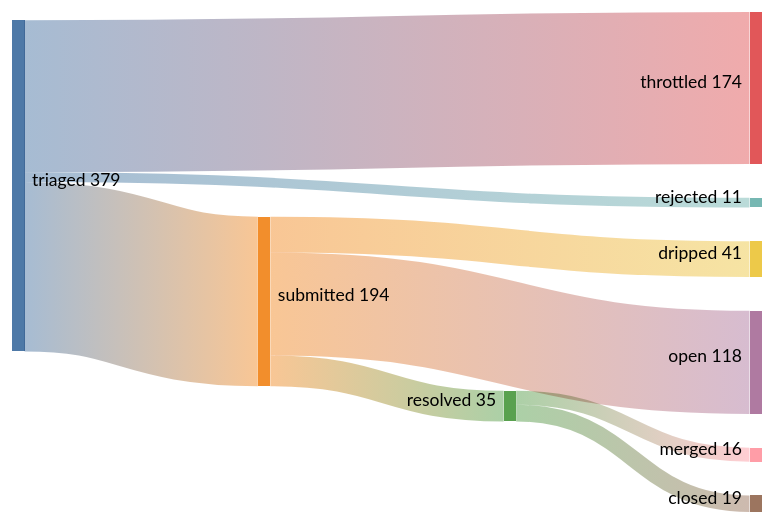
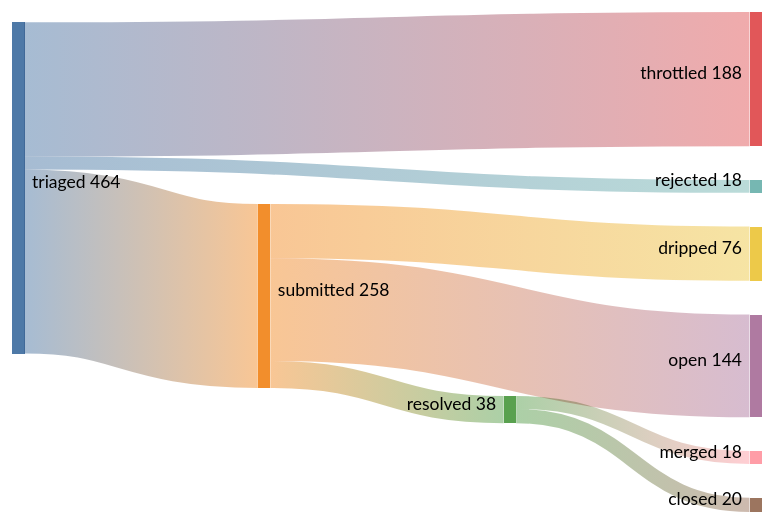
One commit to kimjune01/kimjune01 changed the first of 2 diagrams in README.md. Above: the diagram before and after it, drawn with Mermaid (neutral theme). The commit also changed other lines of this file, not shown here.

Commit message:
stats: 18/38 = 47% (05:58 UTC)

````diff
--- a/README.md
+++ b/README.md
@@ -3,11 +3,11 @@
 ```mermaid
 sankey-beta
-    triaged,    submitted, 194
-    triaged,    throttled, 174
-    triaged,    rejected,  11
-    submitted,  resolved,  35
-    submitted,  dripped,   41
-    submitted,  open,      118
-    resolved,   merged,    16
-    resolved,   closed,    19
+    triaged,    submitted, 258
+    triaged,    throttled, 188
+    triaged,    rejected,  18
+    submitted,  resolved,  38
+    submitted,  dripped,   76
+    submitted,  open,      144
+    resolved,   merged,    18
+    resolved,   closed,    20
 ```
````
